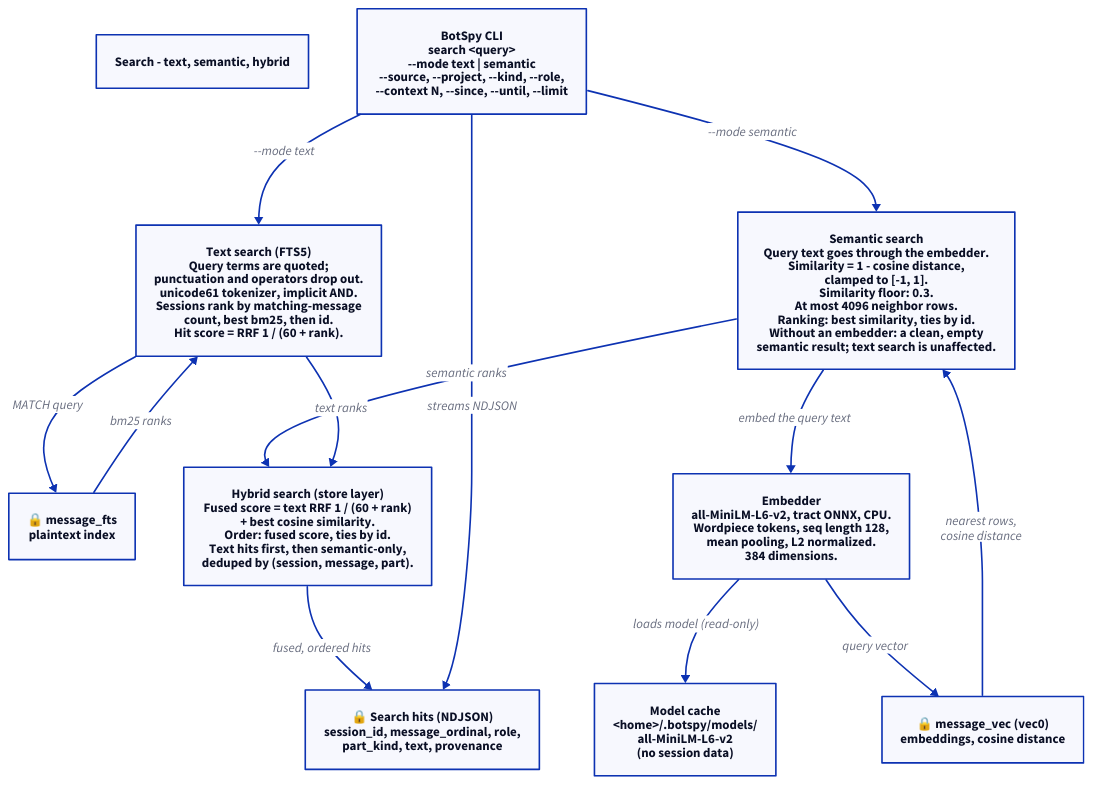
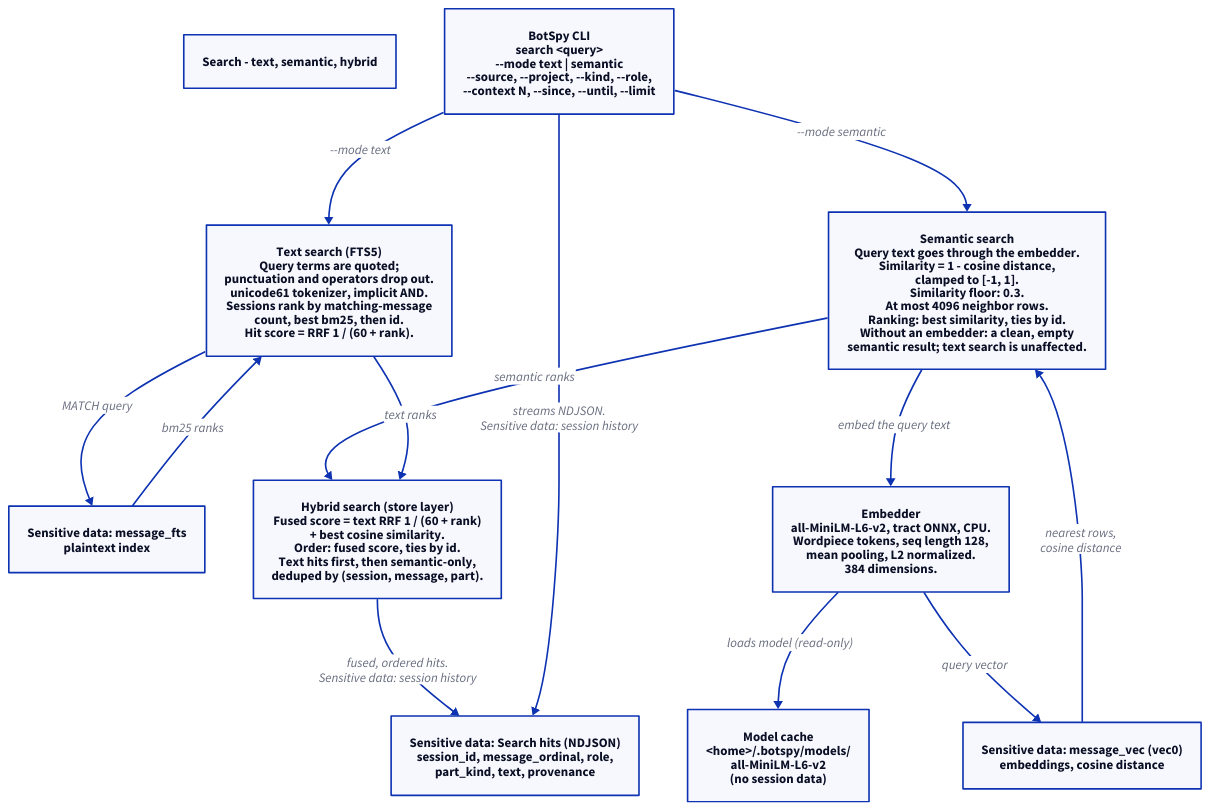
Before and after one commit to AnthusAI/BotSpy: the diagram in docs/diagrams/search.d2, drawn with D2. The commit also changed 61 other files, not shown here.

First line of the commit message:
docs(diagrams): drop legends and lock icons; explicit sensitive-data labels; store in C4 context (#18)

```diff
--- a/docs/diagrams/search.d2
+++ b/docs/diagrams/search.d2
@@ -1,59 +1,59 @@
 title: Search - text, semantic, hybrid
 
 cli: {
   label: "BotSpy CLI\nsearch <query>\n--mode text | semantic\n--source, --project, --kind, --role,\n--context N, --since, --until, --limit"
   class: tool
 }
 
 text_path: {
   label: "Text search (FTS5)\nQuery terms are quoted;\npunctuation and operators drop out.\nunicode61 tokenizer, implicit AND.\nSessions rank by matching-message\ncount, best bm25, then id.\nHit score = RRF 1 / (60 + rank)."
   class: tool
 }
 
 fts_table: {
-  label: "🔒 message_fts\nplaintext index"
+  label: "Sensitive data: message_fts\nplaintext index"
   class: sensitive
 }
 
 sem_path: {
   label: "Semantic search\nQuery text goes through the embedder.\nSimilarity = 1 - cosine distance,\nclamped to [-1, 1].\nSimilarity floor: 0.3.\nAt most 4096 neighbor rows.\nRanking: best similarity, ties by id.\nWithout an embedder: a clean, empty\nsemantic result; text search is unaffected."
   class: tool
 }
 
 embedder: {
   label: "Embedder\nall-MiniLM-L6-v2, tract ONNX, CPU.\nWordpiece tokens, seq length 128,\nmean pooling, L2 normalized.\n384 dimensions."
   class: tool
 }
 
 models: {
   label: "Model cache\n<home>/.botspy/models/\nall-MiniLM-L6-v2\n(no session data)"
   class: tool
 }
 
 vec_table: {
-  label: "🔒 message_vec (vec0)\nembeddings, cosine distance"
+  label: "Sensitive data: message_vec (vec0)\nembeddings, cosine distance"
   class: sensitive
 }
 
 hybrid: {
   label: "Hybrid search (store layer)\nFused score = text RRF 1 / (60 + rank)\n+ best cosine similarity.\nOrder: fused score, ties by id.\nText hits first, then semantic-only,\ndeduped by (session, message, part)."
   class: tool
 }
 
 output: {
-  label: "🔒 Search hits (NDJSON)\nsession_id, message_ordinal, role,\npart_kind, text, provenance"
+  label: "Sensitive data: Search hits (NDJSON)\nsession_id, message_ordinal, role,\npart_kind, text, provenance"
   class: sensitive
 }
 
 cli -> text_path: "--mode text"
 text_path -> fts_table: "MATCH query"
 fts_table -> text_path: "bm25 ranks"
 cli -> sem_path: "--mode semantic"
 sem_path -> embedder: "embed the query text"
 embedder -> models: "loads model (read-only)"
 embedder -> vec_table: "query vector"
 vec_table -> sem_path: "nearest rows,\ncosine distance"
 sem_path -> hybrid: "semantic ranks"
 text_path -> hybrid: "text ranks"
-hybrid -> output: "fused, ordered hits"
-cli -> output: "streams NDJSON"
+hybrid -> output: "fused, ordered hits.\nSensitive data: session history"
+cli -> output: "streams NDJSON.\nSensitive data: session history"
```
